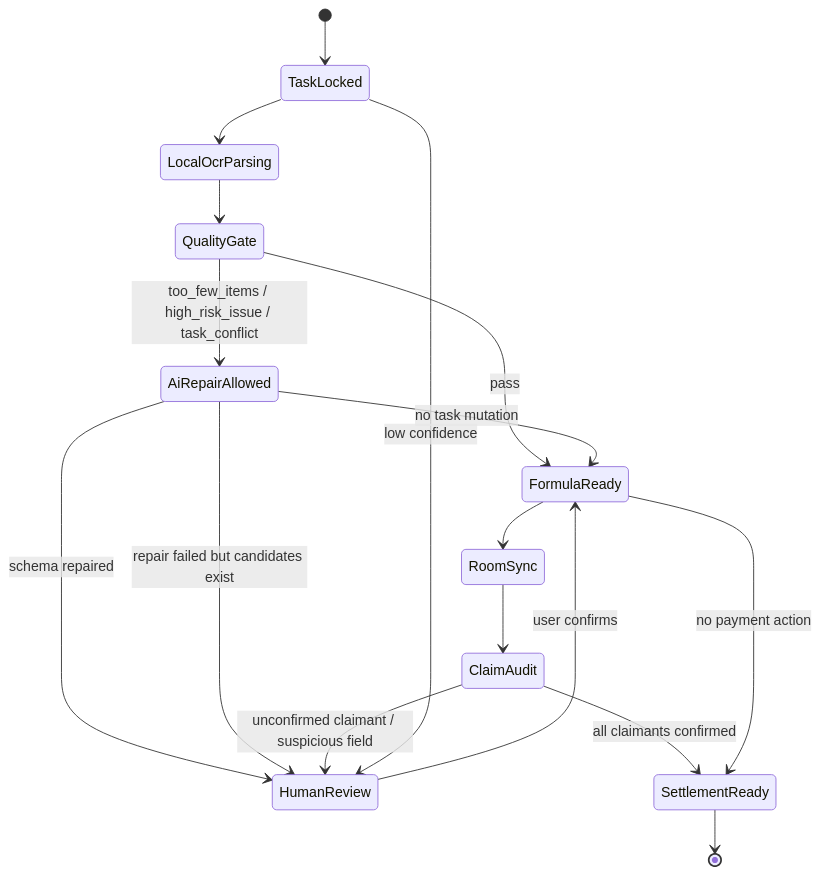
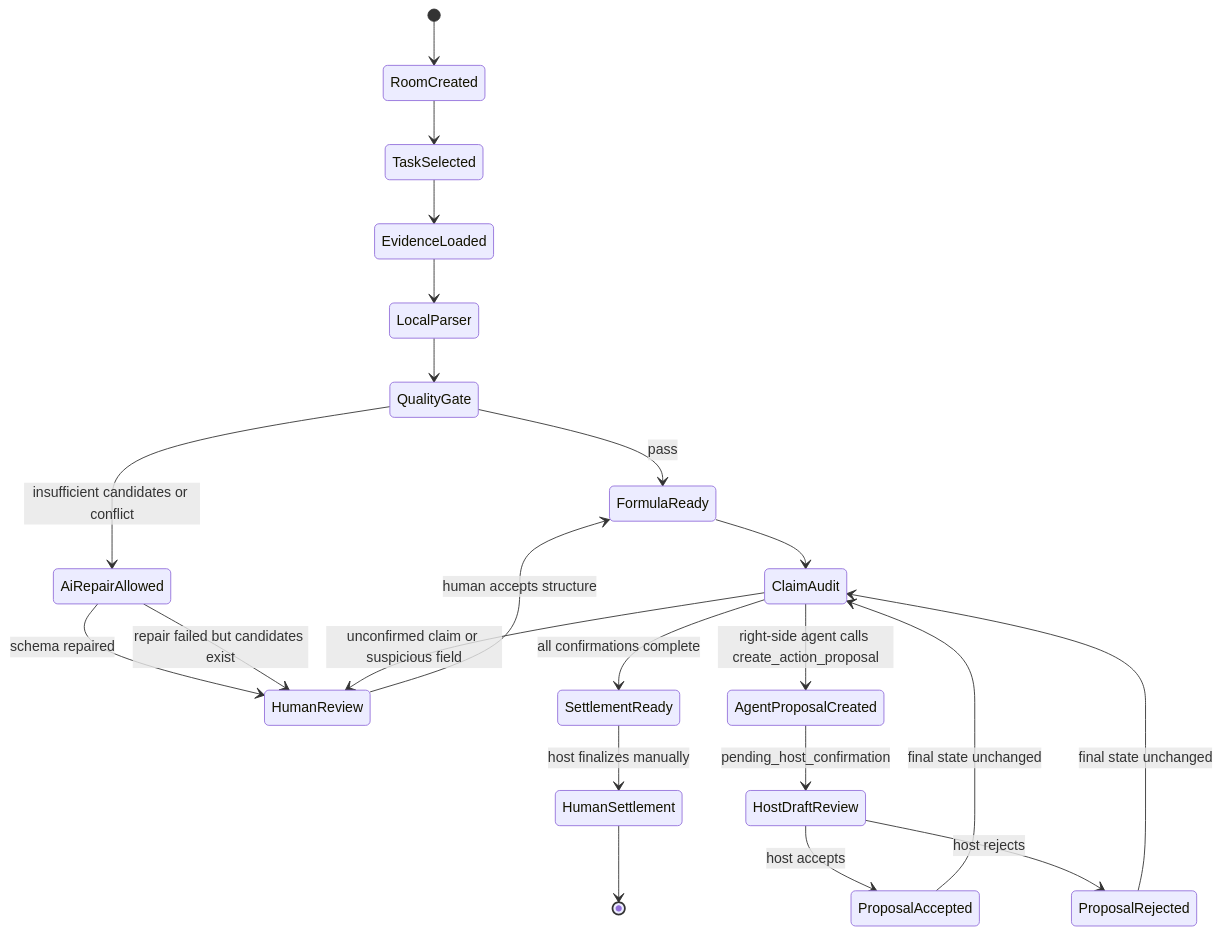
One commit to jiarong0423/shared-room-mcp changed the fifth of 6 diagrams in docs/ai-generated/2026Q3/group_room_mermaid_module_design_20260831.md. Above: the diagram before and after it, drawn with Mermaid. The commit also changed other lines of this file and 19 other files, not shown here.

````diff
--- a/docs/ai-generated/2026Q3/group_room_mermaid_module_design_20260831.md
+++ b/docs/ai-generated/2026Q3/group_room_mermaid_module_design_20260831.md
@@ -183,20 +157,26 @@
 ```mermaid
 stateDiagram-v2
-  [*] --> TaskLocked
-  TaskLocked --> LocalOcrParsing
-  LocalOcrParsing --> QualityGate
+  [*] --> RoomCreated
+  RoomCreated --> TaskSelected
+  TaskSelected --> EvidenceLoaded
+  EvidenceLoaded --> LocalParser
+  LocalParser --> QualityGate
   QualityGate --> FormulaReady: pass
-  QualityGate --> AiRepairAllowed: too_few_items / high_risk_issue / task_conflict
+  QualityGate --> AiRepairAllowed: insufficient candidates or conflict
   AiRepairAllowed --> HumanReview: schema repaired
   AiRepairAllowed --> HumanReview: repair failed but candidates exist
-  HumanReview --> FormulaReady: user confirms
-  FormulaReady --> RoomSync
-  RoomSync --> ClaimAudit
-  ClaimAudit --> SettlementReady: all claimants confirmed
-  ClaimAudit --> HumanReview: unconfirmed claimant / suspicious field
-  SettlementReady --> [*]
+  HumanReview --> FormulaReady: human accepts structure
+  FormulaReady --> ClaimAudit
+  ClaimAudit --> SettlementReady: all confirmations complete
+  ClaimAudit --> HumanReview: unconfirmed claim or suspicious field
 
-  TaskLocked --> HumanReview: low confidence
-  AiRepairAllowed --> FormulaReady: no task mutation
-  FormulaReady --> SettlementReady: no payment action
+  ClaimAudit --> AgentProposalCreated: right-side agent calls create_action_proposal
+  AgentProposalCreated --> HostDraftReview: pending_host_confirmation
+  HostDraftReview --> ProposalAccepted: host accepts
+  HostDraftReview --> ProposalRejected: host rejects
+  ProposalAccepted --> ClaimAudit: final state unchanged
+  ProposalRejected --> ClaimAudit: final state unchanged
+
+  SettlementReady --> HumanSettlement: host finalizes manually
+  HumanSettlement --> [*]
 ```
````
